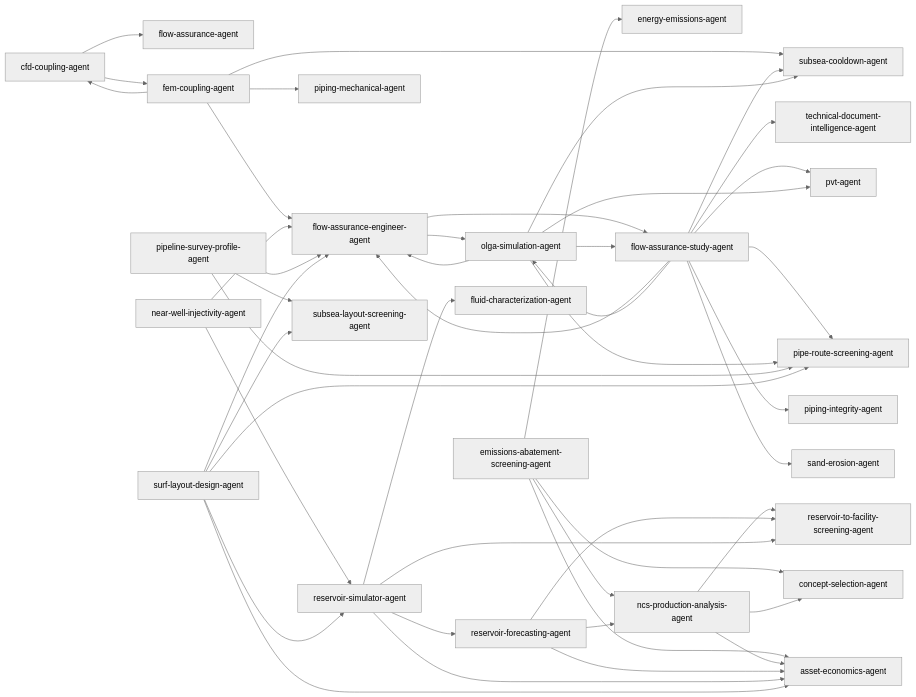
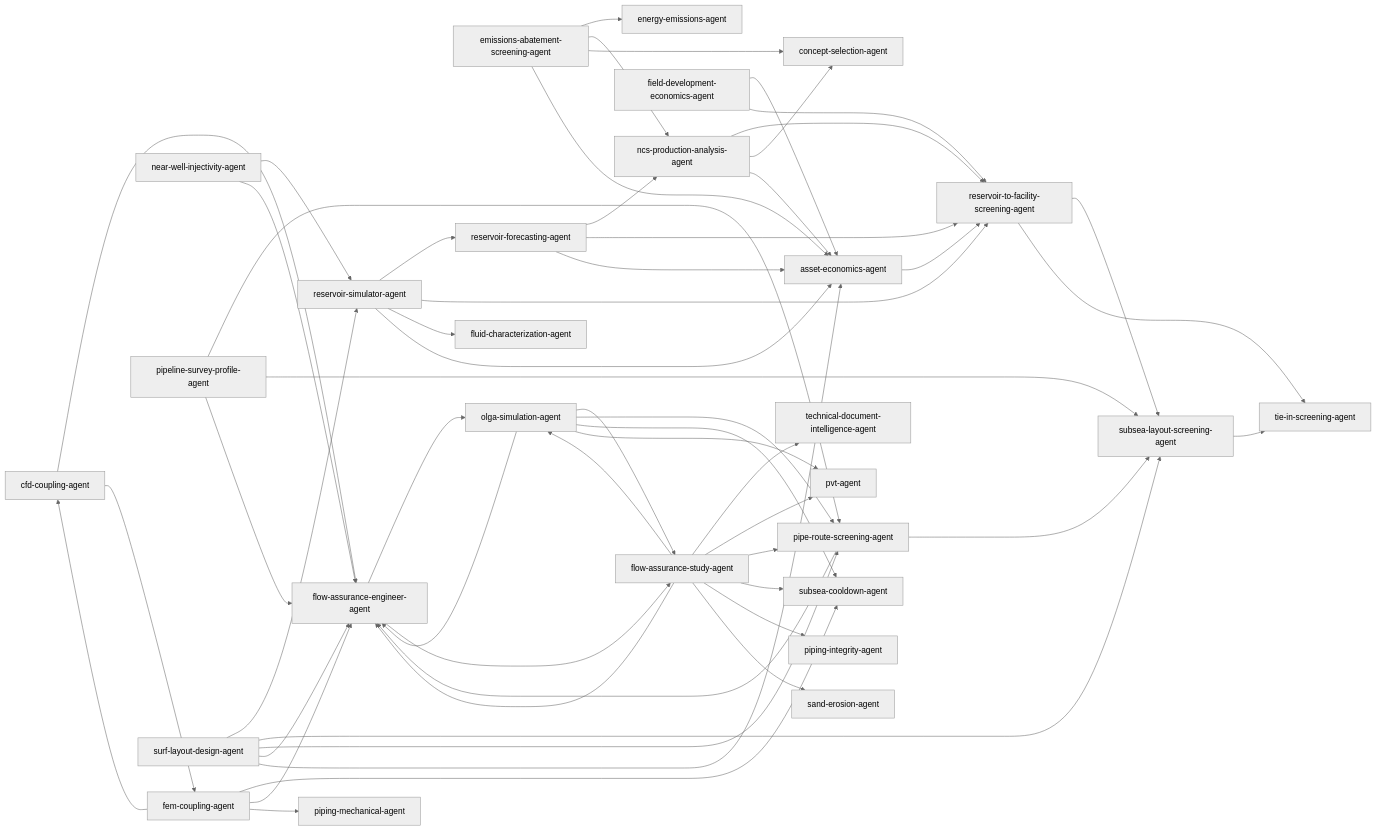
Before and after one commit to equinor/neqsim-community-agents: the diagram in docs/ORCHESTRATION_MAP.md, drawn with Mermaid (neutral theme). The commit also changed other lines of this file and 41 other files, not shown here.

````diff
--- a/docs/ORCHESTRATION_MAP.md
+++ b/docs/ORCHESTRATION_MAP.md
@@ -63,48 +65,56 @@
 ```mermaid
 graph LR
-    cfd_coupling_agent["cfd-coupling-agent"] --> flow_assurance_agent["flow-assurance-agent"]
+    asset_economics_agent["asset-economics-agent"] --> reservoir_to_facility_screening_agent["reservoir-to-facility-screening-agent"]
+    cfd_coupling_agent["cfd-coupling-agent"] --> flow_assurance_engineer_agent["flow-assurance-engineer-agent"]
     cfd_coupling_agent["cfd-coupling-agent"] --> fem_coupling_agent["fem-coupling-agent"]
     emissions_abatement_screening_agent["emissions-abatement-screening-agent"] --> energy_emissions_agent["energy-emissions-agent"]
     emissions_abatement_screening_agent["emissions-abatement-screening-agent"] --> ncs_production_analysis_agent["ncs-production-analysis-agent"]
     emissions_abatement_screening_agent["emissions-abatement-screening-agent"] --> concept_selection_agent["concept-selection-agent"]
     emissions_abatement_screening_agent["emissions-abatement-screening-agent"] --> asset_economics_agent["asset-economics-agent"]
     fem_coupling_agent["fem-coupling-agent"] --> cfd_coupling_agent["cfd-coupling-agent"]
     fem_coupling_agent["fem-coupling-agent"] --> subsea_cooldown_agent["subsea-cooldown-agent"]
     fem_coupling_agent["fem-coupling-agent"] --> flow_assurance_engineer_agent["flow-assurance-engineer-agent"]
     fem_coupling_agent["fem-coupling-agent"] --> piping_mechanical_agent["piping-mechanical-agent"]
+    field_development_economics_agent["field-development-economics-agent"] --> asset_economics_agent["asset-economics-agent"]
+    field_development_economics_agent["field-development-economics-agent"] --> reservoir_to_facility_screening_agent["reservoir-to-facility-screening-agent"]
     flow_assurance_engineer_agent["flow-assurance-engineer-agent"] --> olga_simulation_agent["olga-simulation-agent"]
     flow_assurance_engineer_agent["flow-assurance-engineer-agent"] --> flow_assurance_study_agent["flow-assurance-study-agent"]
     flow_assurance_study_agent["flow-assurance-study-agent"] --> technical_document_intelligence_agent["technical-document-intelligence-agent"]
     flow_assurance_study_agent["flow-assurance-study-agent"] --> pvt_agent["pvt-agent"]
     flow_assurance_study_agent["flow-assurance-study-agent"] --> pipe_route_screening_agent["pipe-route-screening-agent"]
     flow_assurance_study_agent["flow-assurance-study-agent"] --> flow_assurance_engineer_agent["flow-assurance-engineer-agent"]
     flow_assurance_study_agent["flow-assurance-study-agent"] --> olga_simulation_agent["olga-simulation-agent"]
     flow_assurance_study_agent["flow-assurance-study-agent"] --> subsea_cooldown_agent["subsea-cooldown-agent"]
     flow_assurance_study_agent["flow-assurance-study-agent"] --> piping_integrity_agent["piping-integrity-agent"]
     flow_assurance_study_agent["flow-assurance-study-agent"] --> sand_erosion_agent["sand-erosion-agent"]
     ncs_production_analysis_agent["ncs-production-analysis-agent"] --> reservoir_to_facility_screening_agent["reservoir-to-facility-screening-agent"]
     ncs_production_analysis_agent["ncs-production-analysis-agent"] --> concept_selection_agent["concept-selection-agent"]
     ncs_production_analysis_agent["ncs-production-analysis-agent"] --> asset_economics_agent["asset-economics-agent"]
     near_well_injectivity_agent["near-well-injectivity-agent"] --> reservoir_simulator_agent["reservoir-simulator-agent"]
     near_well_injectivity_agent["near-well-injectivity-agent"] --> flow_assurance_engineer_agent["flow-assurance-engineer-agent"]
     olga_simulation_agent["olga-simulation-agent"] --> flow_assurance_engineer_agent["flow-assurance-engineer-agent"]
     olga_simulation_agent["olga-simulation-agent"] --> flow_assurance_study_agent["flow-assurance-study-agent"]
     olga_simulation_agent["olga-simulation-agent"] --> pipe_route_screening_agent["pipe-route-screening-agent"]
     olga_simulation_agent["olga-simulation-agent"] --> subsea_cooldown_agent["subsea-cooldown-agent"]
     olga_simulation_agent["olga-simulation-agent"] --> pvt_agent["pvt-agent"]
+    pipe_route_screening_agent["pipe-route-screening-agent"] --> flow_assurance_engineer_agent["flow-assurance-engineer-agent"]
+    pipe_route_screening_agent["pipe-route-screening-agent"] --> subsea_layout_screening_agent["subsea-layout-screening-agent"]
     pipeline_survey_profile_agent["pipeline-survey-profile-agent"] --> pipe_route_screening_agent["pipe-route-screening-agent"]
     pipeline_survey_profile_agent["pipeline-survey-profile-agent"] --> subsea_layout_screening_agent["subsea-layout-screening-agent"]
     pipeline_survey_profile_agent["pipeline-survey-profile-agent"] --> flow_assurance_engineer_agent["flow-assurance-engineer-agent"]
     reservoir_forecasting_agent["reservoir-forecasting-agent"] --> ncs_production_analysis_agent["ncs-production-analysis-agent"]
     reservoir_forecasting_agent["reservoir-forecasting-agent"] --> reservoir_to_facility_screening_agent["reservoir-to-facility-screening-agent"]
     reservoir_forecasting_agent["reservoir-forecasting-agent"] --> asset_economics_agent["asset-economics-agent"]
     reservoir_simulator_agent["reservoir-simulator-agent"] --> reservoir_forecasting_agent["reservoir-forecasting-agent"]
     reservoir_simulator_agent["reservoir-simulator-agent"] --> reservoir_to_facility_screening_agent["reservoir-to-facility-screening-agent"]
     reservoir_simulator_agent["reservoir-simulator-agent"] --> fluid_characterization_agent["fluid-characterization-agent"]
     reservoir_simulator_agent["reservoir-simulator-agent"] --> asset_economics_agent["asset-economics-agent"]
+    reservoir_to_facility_screening_agent["reservoir-to-facility-screening-agent"] --> subsea_layout_screening_agent["subsea-layout-screening-agent"]
+    reservoir_to_facility_screening_agent["reservoir-to-facility-screening-agent"] --> tie_in_screening_agent["tie-in-screening-agent"]
+    subsea_layout_screening_agent["subsea-layout-screening-agent"] --> tie_in_screening_agent["tie-in-screening-agent"]
     surf_layout_design_agent["surf-layout-design-agent"] --> reservoir_simulator_agent["reservoir-simulator-agent"]
     surf_layout_design_agent["surf-layout-design-agent"] --> subsea_layout_screening_agent["subsea-layout-screening-agent"]
     surf_layout_design_agent["surf-layout-design-agent"] --> pipe_route_screening_agent["pipe-route-screening-agent"]
     surf_layout_design_agent["surf-layout-design-agent"] --> flow_assurance_engineer_agent["flow-assurance-engineer-agent"]
     surf_layout_design_agent["surf-layout-design-agent"] --> asset_economics_agent["asset-economics-agent"]
 ```
````
